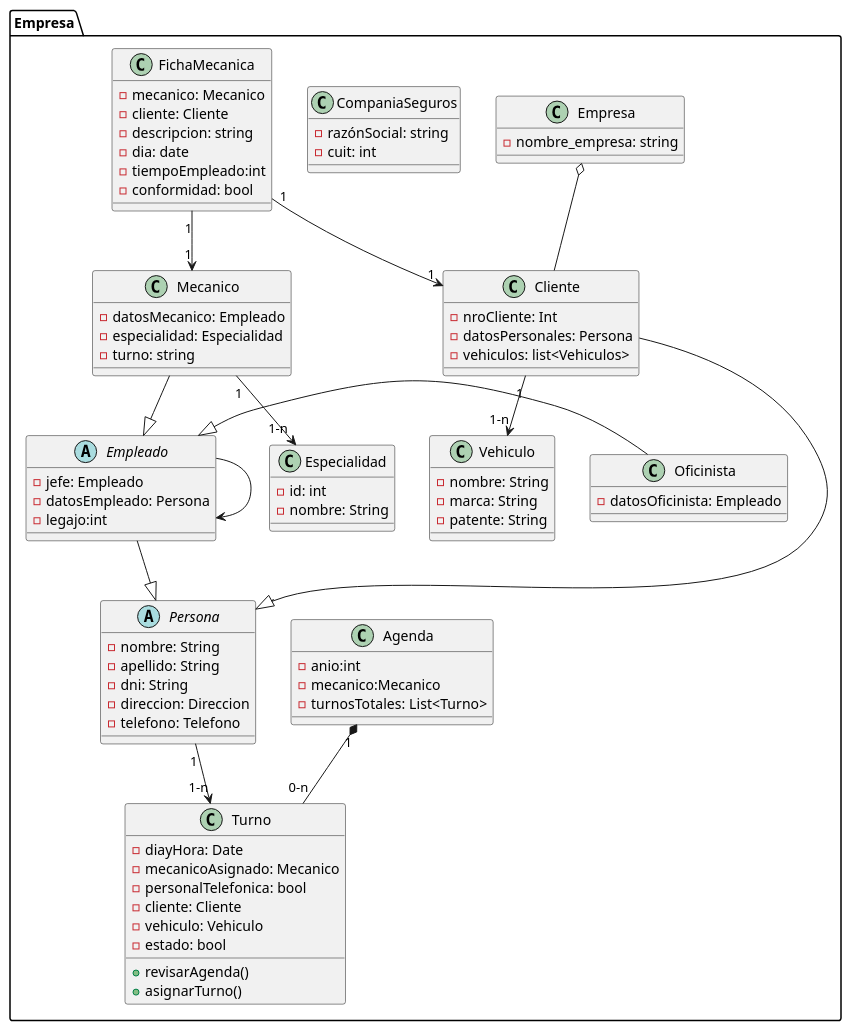
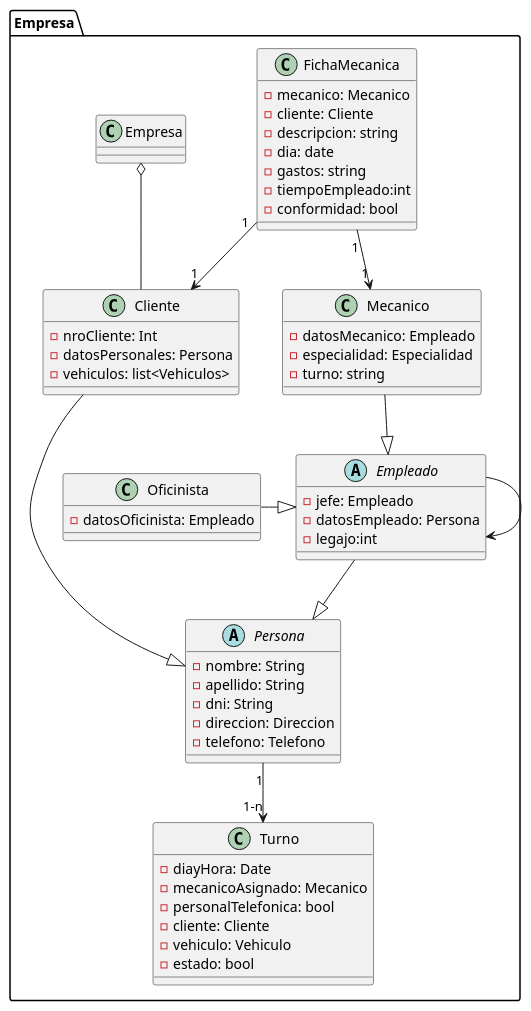
One commit to TomasAlvarez78/FinalDOO changed the diagram in Finalv2/PUMLs/Diagrama de Clases/DiagramadeClases.puml. Above: the diagram before and after it, drawn with PlantUML. The commit also changed 3 other files, not shown here.

Commit message:
Diagrama de Base de Datos

```diff
--- a/Finalv2/PUMLs/Diagrama de Clases/DiagramadeClases.puml
+++ b/Finalv2/PUMLs/Diagrama de Clases/DiagramadeClases.puml
@@ -1,111 +1,75 @@
 @startuml Empresa
 package Empresa{
 
     'hide empty methods
-    Class Empresa{
-        -nombre_empresa: string
-    }
 
     Abstract Class Persona{
         -nombre: String
         -apellido: String
         -dni: String
         -direccion: Direccion
         -telefono: Telefono
    }
 
     Abstract Class Empleado{
         -jefe: Empleado
         -datosEmpleado: Persona
         -legajo:int
     }
-
-    Class Vehiculo {
-        -nombre: String
-        -marca: String
-        -patente: String
-    }
     
-
-    Class CompaniaSeguros{
-        -razónSocial: string
-        -cuit: int
-    }
-
     Class Mecanico{
         -datosMecanico: Empleado
         -especialidad: Especialidad
 	-turno: string
     }
 
     Class Oficinista{
         -datosOficinista: Empleado
      } 
-
-    Class Especialidad{
-        -id: int
-        -nombre: String
-    }
 
     'Hija de Persona
     Class Cliente{
         -nroCliente: Int
         -datosPersonales: Persona
         -vehiculos: list<Vehiculos>
     }
 
 
     Class Turno{
        -diayHora: Date
        -mecanicoAsignado: Mecanico
        -personalTelefonica: bool
        -cliente: Cliente
        -vehiculo: Vehiculo
        -estado: bool
-       + revisarAgenda()
-       + asignarTurno()
     }
-
-
-    Class Agenda{
-       '-mes:int
-       -anio:int
-       -mecanico:Mecanico
-       -turnosTotales: List<Turno>
-    }
-
 
     Class FichaMecanica{
         -mecanico: Mecanico
         -cliente: Cliente
         -descripcion: string
         -dia: date
+        -gastos: string
         -tiempoEmpleado:int
         -conformidad: bool
-        
     }
     
     'Relaciones
     
     Empresa o-- Cliente
 
     Persona "1" --> "1-n" Turno
     
-    
-    Cliente "1" -->"1-n" Vehiculo
     Cliente --|> Persona
     
     Empleado --> Empleado
     Empleado --|> Persona
     
-    Mecanico " 1" --> " 1-n" Especialidad
     Mecanico --|> Empleado
 	Oficinista -right-|> Empleado
     
     FichaMecanica "1" --> "1" Mecanico
     FichaMecanica "1" --> "1" Cliente
-    
-    Agenda "1" *-- "0-n" Turno
 
 }
 @enduml
```
